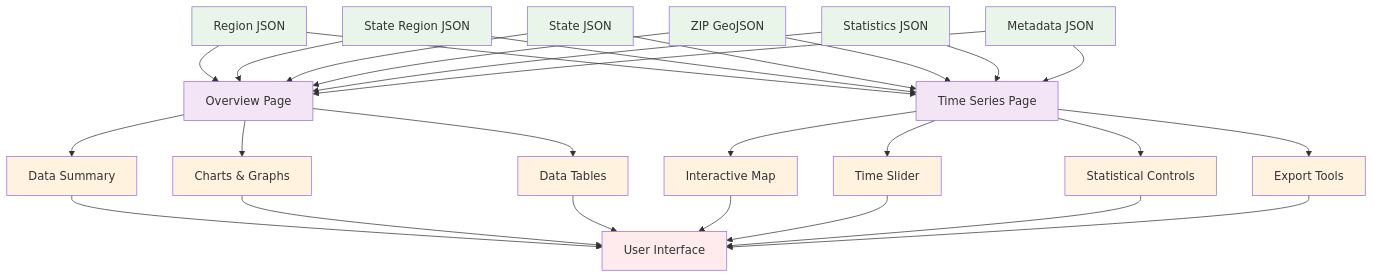
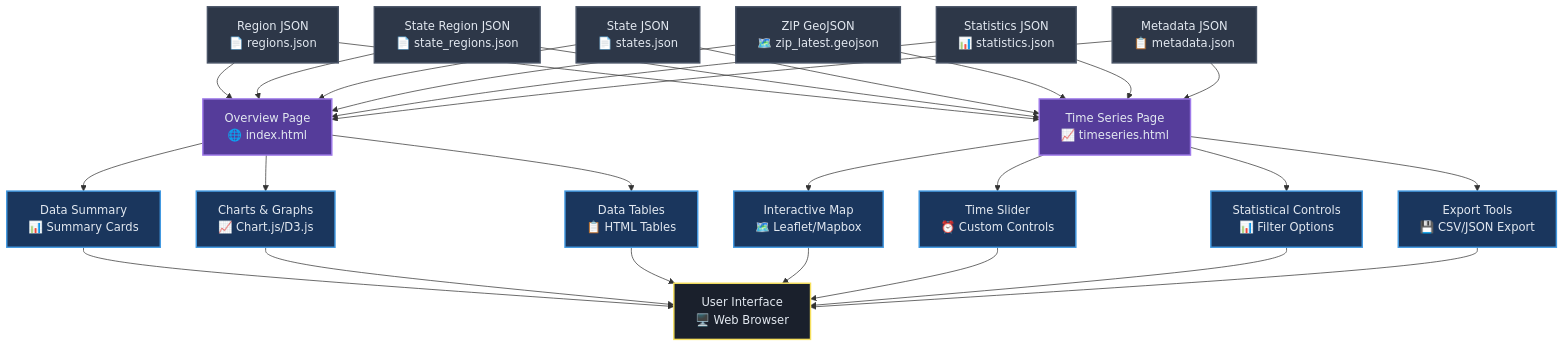
Before and after one commit to RobertJStewart/RE: the third of 6 diagrams in WORKFLOW_DIAGRAM.md, drawn with Mermaid. The commit also changed other lines of this file, not shown here.

First line of the commit message:
Enhanced workflow diagram with technical details and dark theme optimization

````diff
--- a/WORKFLOW_DIAGRAM.md
+++ b/WORKFLOW_DIAGRAM.md
@@ -97,47 +119,48 @@
 ```mermaid
 graph TB
-    %% Static Files
-    A[Region JSON] --> D[Overview Page]
-    B[State Region JSON] --> D
-    C[State JSON] --> D
-    E[ZIP GeoJSON] --> D
-    F[Statistics JSON] --> D
-    G[Metadata JSON] --> D
+    %% Static Data Files
+    A[Region JSON<br/>📄 regions.json] --> D[Overview Page<br/>🌐 index.html]
+    B[State Region JSON<br/>📄 state_regions.json] --> D
+    C[State JSON<br/>📄 states.json] --> D
+    E[ZIP GeoJSON<br/>🗺️ zip_latest.geojson] --> D
+    F[Statistics JSON<br/>📊 statistics.json] --> D
+    G[Metadata JSON<br/>📋 metadata.json] --> D
     
-    A --> H[Time Series Page]
+    A --> H[Time Series Page<br/>📈 timeseries.html]
     B --> H
     C --> H
     E --> H
     F --> H
     G --> H
     
-    %% Page Components
-    D --> I[Data Summary]
-    D --> J[Charts & Graphs]
-    D --> K[Data Tables]
+    %% Overview Page Components
+    D --> I[Data Summary<br/>📊 Summary Cards]
+    D --> J[Charts & Graphs<br/>📈 Chart.js/D3.js]
+    D --> K[Data Tables<br/>📋 HTML Tables]
     
-    H --> L[Interactive Map]
-    H --> M[Time Slider]
-    H --> N[Statistical Controls]
-    H --> O[Export Tools]
+    %% Time Series Page Components
+    H --> L[Interactive Map<br/>🗺️ Leaflet/Mapbox]
+    H --> M[Time Slider<br/>⏰ Custom Controls]
+    H --> N[Statistical Controls<br/>📊 Filter Options]
+    H --> O[Export Tools<br/>💾 CSV/JSON Export]
     
-    %% User Interface
-    I --> P[User Interface]
+    %% User Interface Assembly
+    I --> P[User Interface<br/>🖥️ Web Browser]
     J --> P
     K --> P
     L --> P
     M --> P
     N --> P
     O --> P
     
-    %% Styling
-    classDef data fill:#e8f5e8
-    classDef page fill:#f3e5f5
-    classDef component fill:#fff3e0
-    classDef ui fill:#ffebee
+    %% Dark Theme Optimized Styling
+    classDef data fill:#2d3748,stroke:#4a5568,stroke-width:2px,color:#e2e8f0
+    classDef page fill:#553c9a,stroke:#9f7aea,stroke-width:2px,color:#e2e8f0
+    classDef component fill:#1a365d,stroke:#4299e1,stroke-width:2px,color:#e2e8f0
+    classDef ui fill:#1a202c,stroke:#f6e05e,stroke-width:2px,color:#e2e8f0
     
     class A,B,C,E,F,G data
     class D,H page
     class I,J,K,L,M,N,O component
     class P ui
 ```
````
